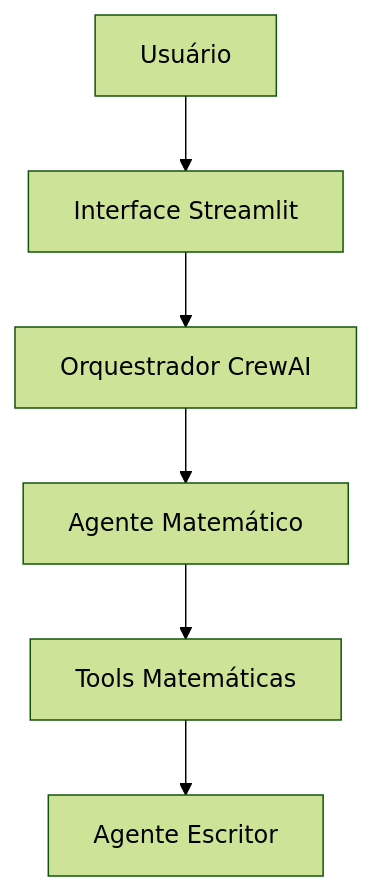
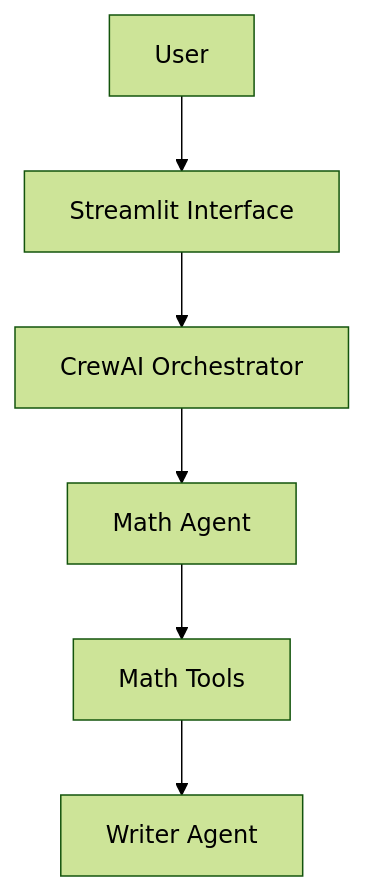
Before and after one commit to eriklegramante-dev/chatbot-agent: the diagram in README.md, drawn with Mermaid (forest theme). The commit also changed other lines of this file, not shown here.

````diff
--- a/README.md
+++ b/README.md
@@ -28,15 +28,15 @@
 ```mermaid
 flowchart TD
-    U[Usuário]
-    S[Interface Streamlit]
-    C[Orquestrador CrewAI]
-    M[Agente Matemático]
-    T[Tools Matemáticas]
-    W[Agente Escritor]
+    U[User]
+    S[Streamlit Interface]
+    C[CrewAI Orchestrator]
+    M[Math Agent]
+    T[Math Tools]
+    W[Writer Agent]
 
     U --> S
     S --> C
     C --> M
     M --> T
     T --> W
 ```
````
